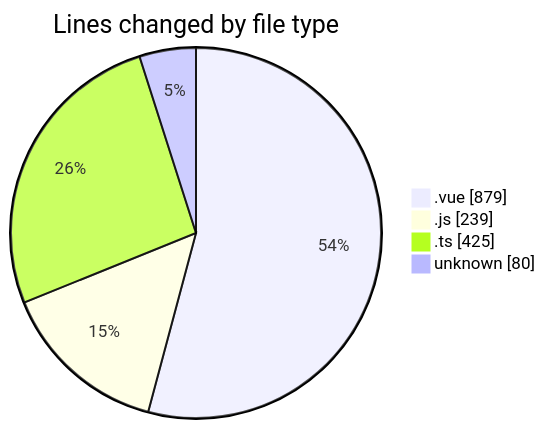
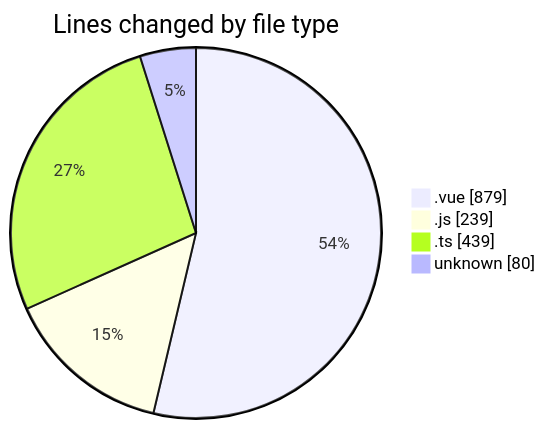
The first of 2 diagrams in 2025-08-11/rentotp/README.md (lephambinh05/code-tracking), drawn with Mermaid before and after one commit. The commit also changed other lines of this file and 1 other file, not shown here.

````diff
--- a/2025-08-11/rentotp/README.md
+++ b/2025-08-11/rentotp/README.md
@@ -31,8 +32,8 @@
 ```mermaid
 pie showData
 title Lines changed by file type
 ".vue" : 879
 ".js" : 239
-".ts" : 425
+".ts" : 439
 "unknown" : 80
 ```
````
